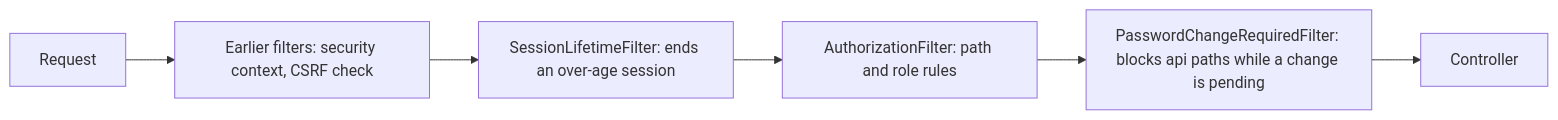
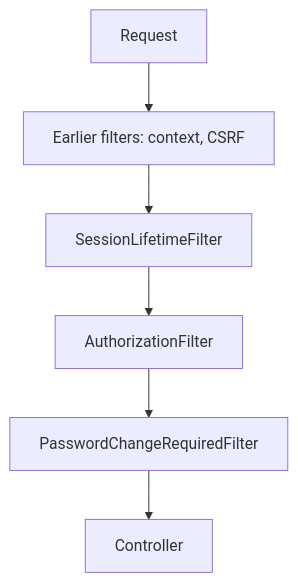
One commit to Sriram-Codes-SW/secure-doc-viewer changed the second of 2 diagrams in book/part-2-backend/16-spring-security-defenses.md. Above: the diagram before and after it, drawn with Mermaid. The commit also changed other lines of this file and 31 other files, not shown here.

Commit message:
Book: interior layout design, diagram restructuring for print size, mermaid config, measure helper

````diff
--- a/book/part-2-backend/16-spring-security-defenses.md
+++ b/book/part-2-backend/16-spring-security-defenses.md
@@ -331,8 +331,8 @@
 ```mermaid
-flowchart LR
-    R["Request"] --> P0["Earlier filters: security context, CSRF check"]
-    P0 --> L["SessionLifetimeFilter: ends an over-age session"]
-    L --> Z["AuthorizationFilter: path and role rules"]
-    Z --> P["PasswordChangeRequiredFilter: blocks api paths while a change is pending"]
+flowchart TB
+    R["Request"] --> P0["Earlier filters: context, CSRF"]
+    P0 --> L["SessionLifetimeFilter"]
+    L --> Z["AuthorizationFilter"]
+    Z --> P["PasswordChangeRequiredFilter"]
     P --> K["Controller"]
 ```
````
